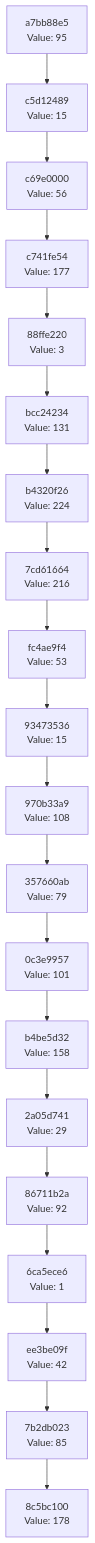
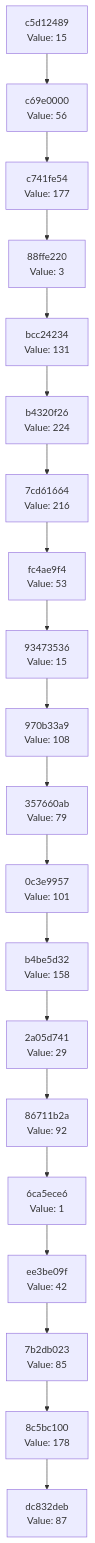
One commit to Abhisheksinha1506/hash-chain-evolver changed the diagram in docs/CHAIN_VISUALIZATION.md. Above: the diagram before and after it, drawn with Mermaid. The commit also changed 2 other files, not shown here.

Commit message:
Evolution Step

````diff
--- a/docs/CHAIN_VISUALIZATION.md
+++ b/docs/CHAIN_VISUALIZATION.md
@@ -3,42 +3,42 @@
 ```mermaid
 graph TD
-    C0["8c5bc100<br/>Value: 178"]
-    C1["7b2db023<br/>Value: 85"]
+    C0["dc832deb<br/>Value: 87"]
+    C1["8c5bc100<br/>Value: 178"]
     C1 --> C0
-    C2["ee3be09f<br/>Value: 42"]
+    C2["7b2db023<br/>Value: 85"]
     C2 --> C1
-    C3["6ca5ece6<br/>Value: 1"]
+    C3["ee3be09f<br/>Value: 42"]
     C3 --> C2
-    C4["86711b2a<br/>Value: 92"]
+    C4["6ca5ece6<br/>Value: 1"]
     C4 --> C3
-    C5["2a05d741<br/>Value: 29"]
+    C5["86711b2a<br/>Value: 92"]
     C5 --> C4
-    C6["b4be5d32<br/>Value: 158"]
+    C6["2a05d741<br/>Value: 29"]
     C6 --> C5
-    C7["0c3e9957<br/>Value: 101"]
+    C7["b4be5d32<br/>Value: 158"]
     C7 --> C6
-    C8["357660ab<br/>Value: 79"]
+    C8["0c3e9957<br/>Value: 101"]
     C8 --> C7
-    C9["970b33a9<br/>Value: 108"]
+    C9["357660ab<br/>Value: 79"]
     C9 --> C8
-    C10["93473536<br/>Value: 15"]
+    C10["970b33a9<br/>Value: 108"]
     C10 --> C9
-    C11["fc4ae9f4<br/>Value: 53"]
+    C11["93473536<br/>Value: 15"]
     C11 --> C10
-    C12["7cd61664<br/>Value: 216"]
+    C12["fc4ae9f4<br/>Value: 53"]
     C12 --> C11
-    C13["b4320f26<br/>Value: 224"]
+    C13["7cd61664<br/>Value: 216"]
     C13 --> C12
-    C14["bcc24234<br/>Value: 131"]
+    C14["b4320f26<br/>Value: 224"]
     C14 --> C13
-    C15["88ffe220<br/>Value: 3"]
+    C15["bcc24234<br/>Value: 131"]
     C15 --> C14
-    C16["c741fe54<br/>Value: 177"]
+    C16["88ffe220<br/>Value: 3"]
     C16 --> C15
-    C17["c69e0000<br/>Value: 56"]
+    C17["c741fe54<br/>Value: 177"]
     C17 --> C16
-    C18["c5d12489<br/>Value: 15"]
+    C18["c69e0000<br/>Value: 56"]
     C18 --> C17
-    C19["a7bb88e5<br/>Value: 95"]
+    C19["c5d12489<br/>Value: 15"]
     C19 --> C18
 ```
````
